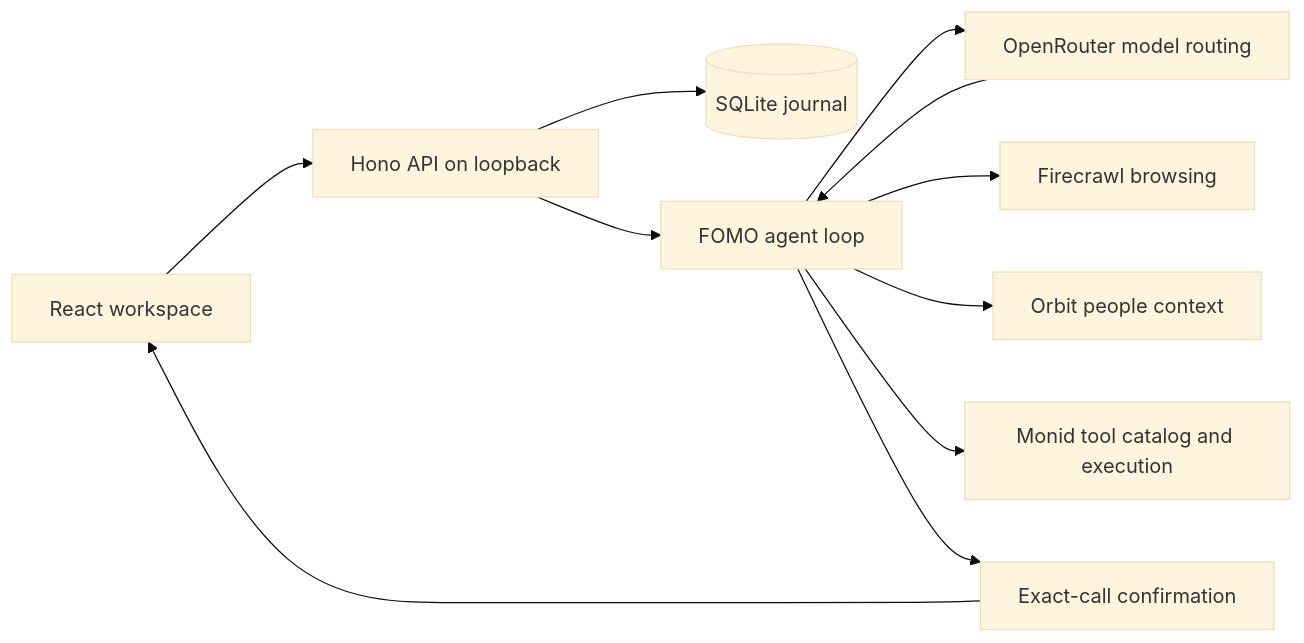
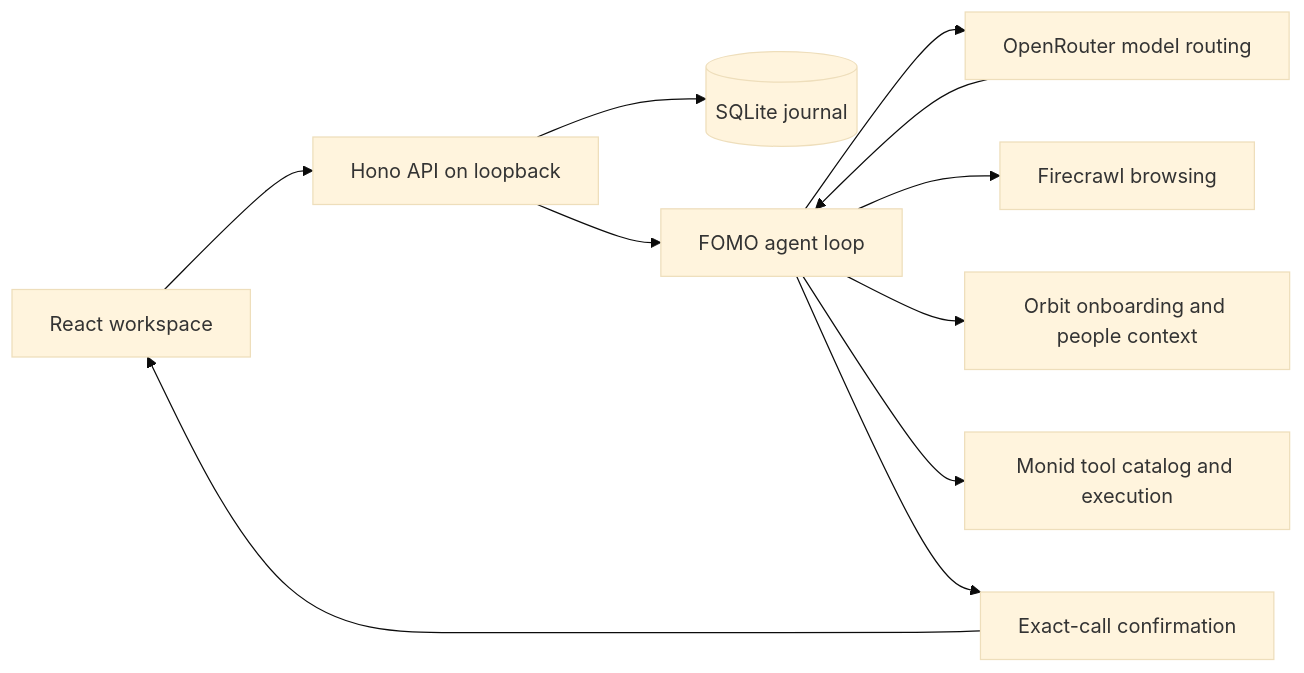
Before and after one commit to orbit-search/fomo: the diagram in docs/architecture.md, drawn with Mermaid (base theme). The commit also changed 4 other files, not shown here.

First line of the commit message:
Lead Orbit with instant agent onboarding and verify tool receipts (#3)

````diff
--- a/docs/architecture.md
+++ b/docs/architecture.md
@@ -5,13 +5,13 @@
 ```mermaid
 flowchart LR
  UI[React workspace] --> API[Hono API on loopback]
  API --> Journal[(SQLite journal)]
  API --> Agent[FOMO agent loop]
  Agent --> OR[OpenRouter model routing]
  OR --> Agent
  Agent --> FC[Firecrawl browsing]
- Agent --> Orbit[Orbit people context]
+ Agent --> Orbit[Orbit onboarding and people context]
  Agent --> Monid[Monid tool catalog and execution]
  Agent --> Confirm[Exact-call confirmation]
  Confirm --> UI
 ```
````
